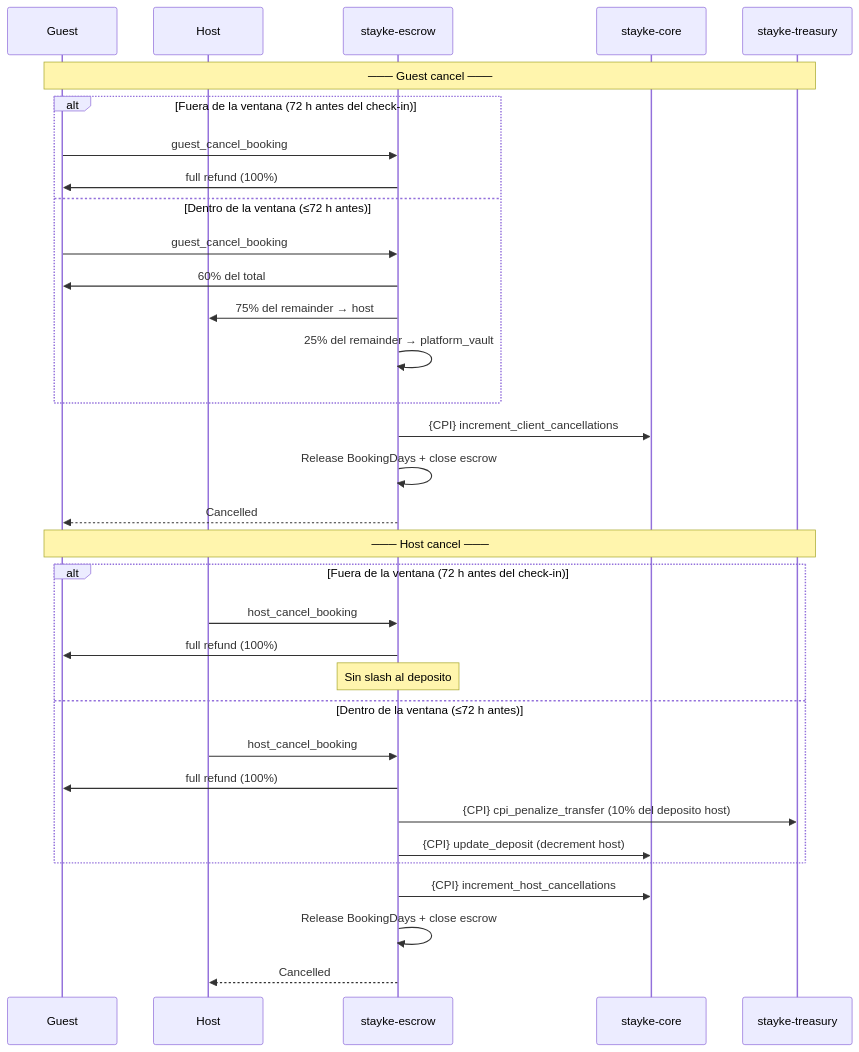
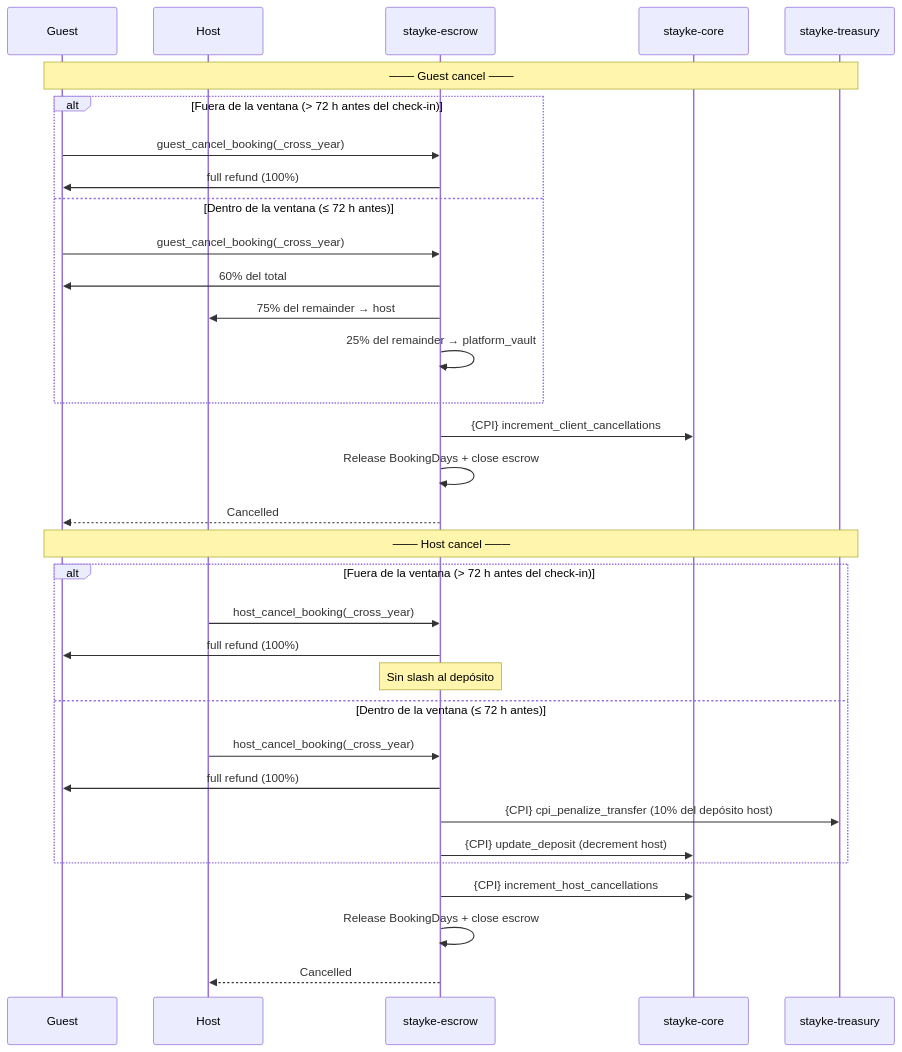
Before and after one commit to GestLabs2-0/stayke-contracts: the fourth of 8 diagrams in docs/stayke-flow-diagram.md, drawn with Mermaid. The commit also changed other lines of this file and 4 other files, not shown here.

````diff
--- a/docs/stayke-flow-diagram.md
+++ b/docs/stayke-flow-diagram.md
@@ -162,37 +169,37 @@
 ```mermaid
 sequenceDiagram
     participant G as Guest
     participant H as Host
     participant E as stayke-escrow
     participant C as stayke-core
     participant T as stayke-treasury
 
     Note over G,T: ─── Guest cancel ───
-    alt Fuera de la ventana (72 h antes del check-in)
-        G->>E: guest_cancel_booking
+    alt Fuera de la ventana (> 72 h antes del check-in)
+        G->>E: guest_cancel_booking(_cross_year)
         E->>G: full refund (100%)
-    else Dentro de la ventana (≤72 h antes)
-        G->>E: guest_cancel_booking
+    else Dentro de la ventana (≤ 72 h antes)
+        G->>E: guest_cancel_booking(_cross_year)
         E->>G: 60% del total
         E->>H: 75% del remainder → host
         E->>E: 25% del remainder → platform_vault
     end
     E->>C: {CPI} increment_client_cancellations
     E->>E: Release BookingDays + close escrow
     E-->>G: Cancelled
 
     Note over G,T: ─── Host cancel ───
-    alt Fuera de la ventana (72 h antes del check-in)
-        H->>E: host_cancel_booking
+    alt Fuera de la ventana (> 72 h antes del check-in)
+        H->>E: host_cancel_booking(_cross_year)
         E->>G: full refund (100%)
-        Note over E: Sin slash al deposito
-    else Dentro de la ventana (≤72 h antes)
-        H->>E: host_cancel_booking
+        Note over E: Sin slash al depósito
+    else Dentro de la ventana (≤ 72 h antes)
+        H->>E: host_cancel_booking(_cross_year)
         E->>G: full refund (100%)
-        E->>T: {CPI} cpi_penalize_transfer (10% del deposito host)
+        E->>T: {CPI} cpi_penalize_transfer (10% del depósito host)
         E->>C: {CPI} update_deposit (decrement host)
     end
     E->>C: {CPI} increment_host_cancellations
     E->>E: Release BookingDays + close escrow
     E-->>H: Cancelled
 ```
````
